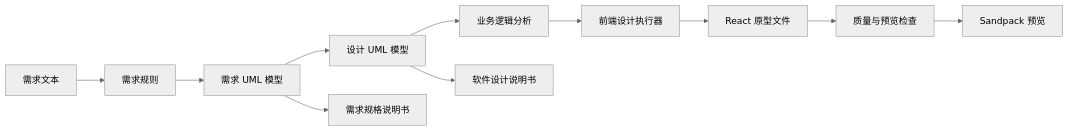
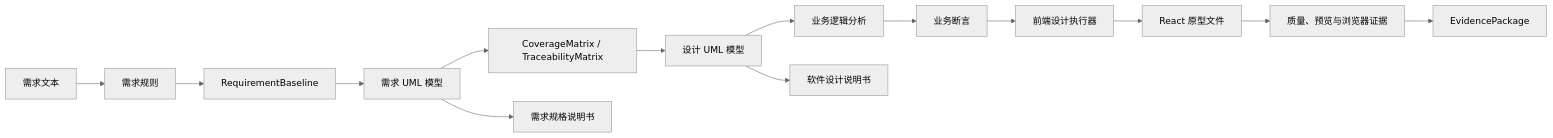
The diagram in README.md (guolola/uml-experimental-platform), drawn with Mermaid (neutral theme) before and after one commit. The commit also changed other lines of this file and 193 other files, not shown here.

````diff
--- a/README.md
+++ b/README.md
@@ -89,13 +105,16 @@
 ```mermaid
 flowchart LR
   A["需求文本"] --> B["需求规则"]
-  B --> C["需求 UML 模型"]
-  C --> D["设计 UML 模型"]
-  D --> E["业务逻辑分析"]
-  E --> F["前端设计执行器"]
-  F --> G["React 原型文件"]
-  G --> H["质量与预览检查"]
-  H --> I["Sandpack 预览"]
-  C --> J["需求规格说明书"]
-  D --> K["软件设计说明书"]
+  B --> C["RequirementBaseline"]
+  C --> D["需求 UML 模型"]
+  D --> E["CoverageMatrix / TraceabilityMatrix"]
+  E --> F["设计 UML 模型"]
+  F --> G["业务逻辑分析"]
+  G --> H["业务断言"]
+  H --> I["前端设计执行器"]
+  I --> J["React 原型文件"]
+  J --> K["质量、预览与浏览器证据"]
+  K --> L["EvidencePackage"]
+  D --> M["需求规格说明书"]
+  F --> N["软件设计说明书"]
 ```
````
